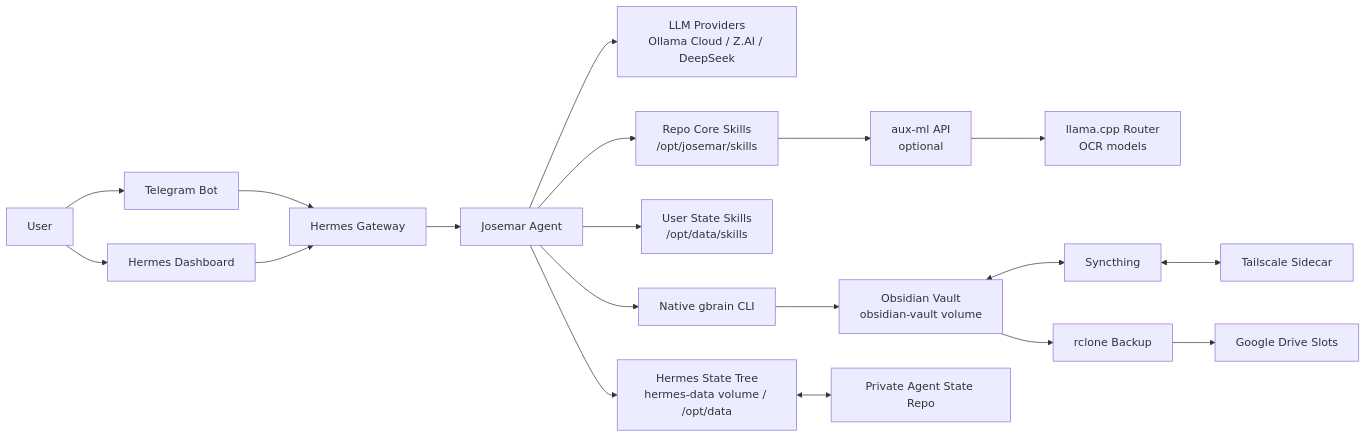
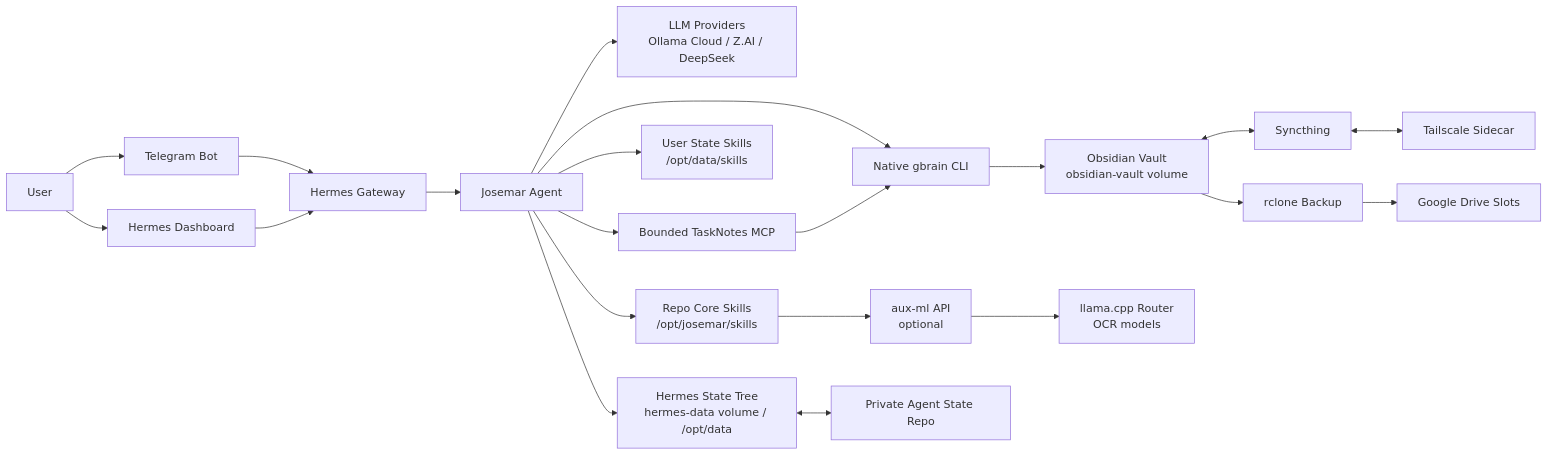
The first of 4 diagrams in README.md (Pedrohgv/josemar-assistente), drawn with Mermaid before and after one commit. The commit also changed other lines of this file and 19 other files, not shown here.

Commit message:
Add gbrain-backed TaskNotes MCP

````diff
--- a/README.md
+++ b/README.md
@@ -23,25 +24,27 @@
 ```mermaid
 flowchart LR
   User[User] --> Telegram[Telegram Bot]
   User --> Dashboard[Hermes Dashboard]
 
   Telegram --> Gateway[Hermes Gateway]
   Dashboard --> Gateway
 
   Gateway --> Agent[Josemar Agent]
   Agent --> Models[LLM Providers<br/>Ollama Cloud / Z.AI / DeepSeek]
   Agent --> CoreSkills[Repo Core Skills<br/>/opt/josemar/skills]
   Agent --> StateSkills[User State Skills<br/>/opt/data/skills]
   Agent --> GBrain[Native gbrain CLI]
+  Agent --> TaskNotes[Bounded TaskNotes MCP]
+  TaskNotes --> GBrain
   GBrain --> Vault[Obsidian Vault<br/>obsidian-vault volume]
 
   CoreSkills --> AuxML[aux-ml API<br/>optional]
   AuxML --> Llama[llama.cpp Router<br/>OCR models]
 
   Agent --> StateTree[Hermes State Tree<br/>hermes-data volume / /opt/data]
   StateTree <--> StateRepo[Private Agent State Repo]
   Vault <--> Syncthing[Syncthing]
   Syncthing <--> Tailscale[Tailscale Sidecar]
   Vault --> Backup[rclone Backup]
   Backup --> GDrive[Google Drive Slots]
 ```
````
